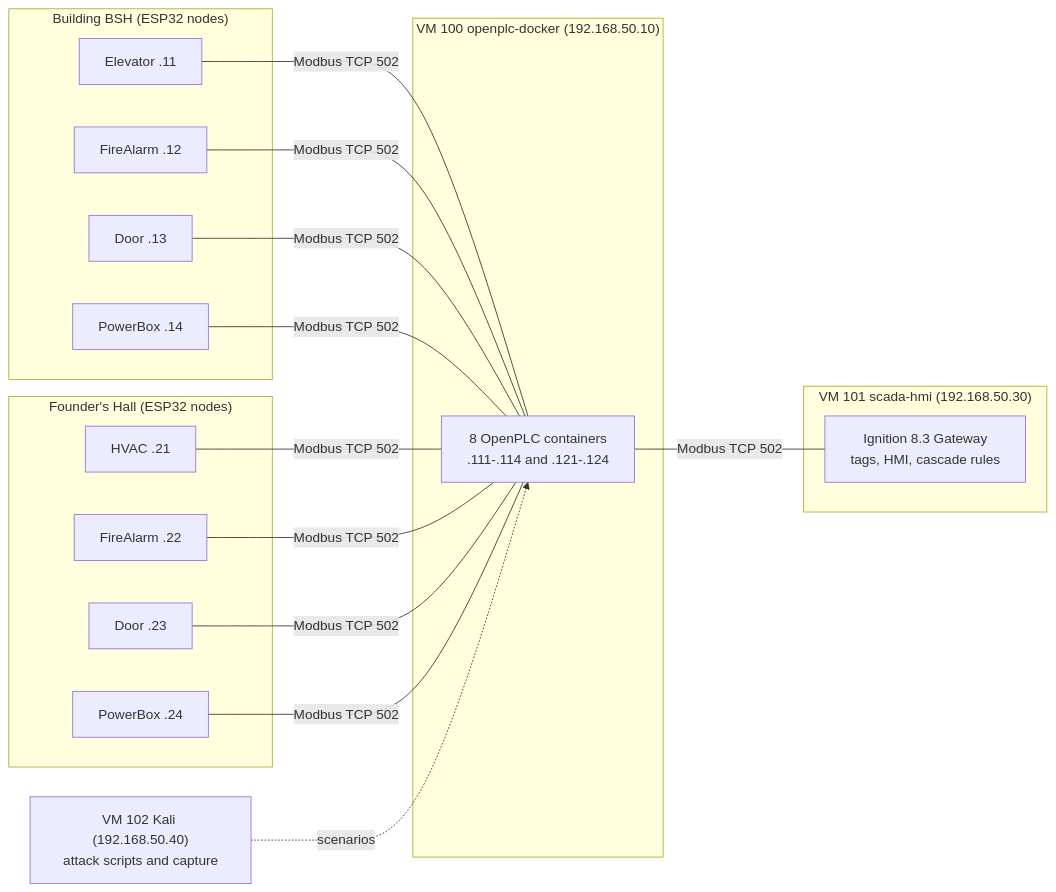
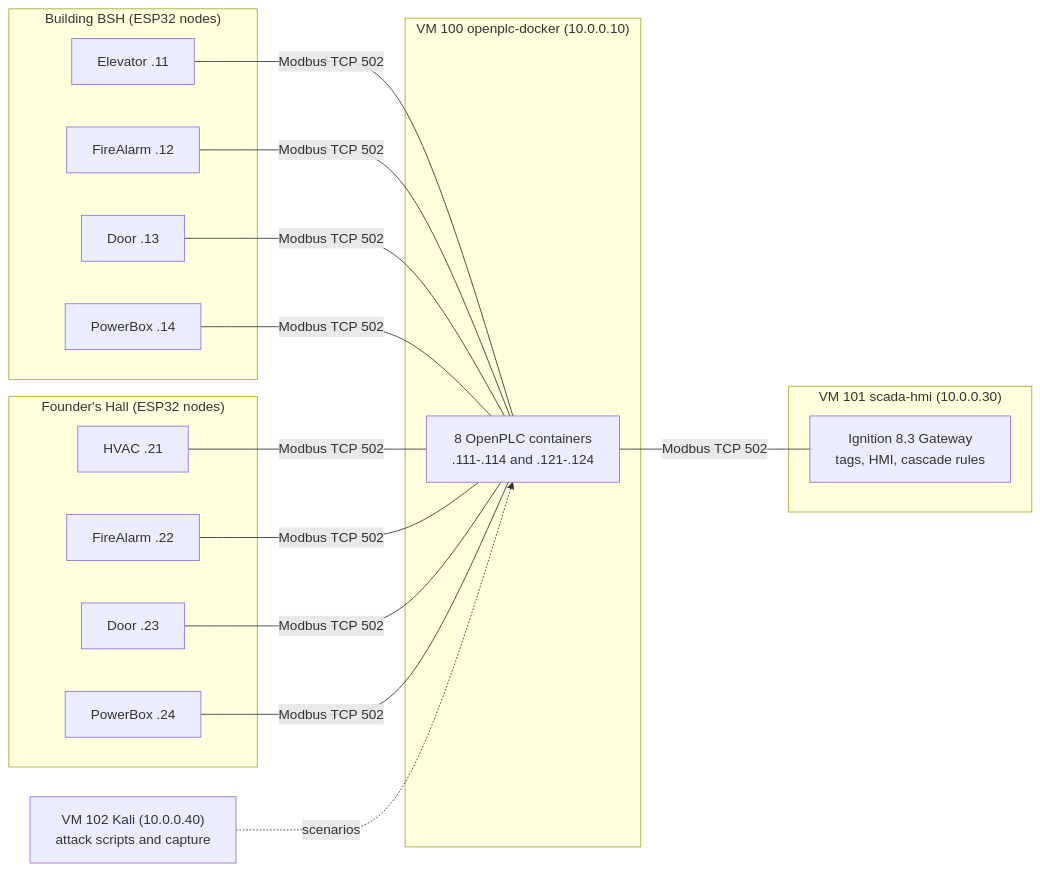
Before and after one commit to lfoliveira08/CyberCity: the first of 2 diagrams in README.md, drawn with Mermaid. The commit also changed other lines of this file and 11 other files, not shown here.

````diff
--- a/README.md
+++ b/README.md
@@ -23,27 +23,27 @@
 ```mermaid
 flowchart LR
     subgraph BSH["Building BSH (ESP32 nodes)"]
         B1["Elevator .11"]
         B2["FireAlarm .12"]
         B3["Door .13"]
         B4["PowerBox .14"]
     end
     subgraph FH["Founder's Hall (ESP32 nodes)"]
         F1["HVAC .21"]
         F2["FireAlarm .22"]
         F3["Door .23"]
         F4["PowerBox .24"]
     end
-    subgraph VM100["VM 100 openplc-docker (192.168.50.10)"]
+    subgraph VM100["VM 100 openplc-docker (10.0.0.10)"]
         P1["8 OpenPLC containers<br/>.111-.114 and .121-.124"]
     end
-    subgraph VM101["VM 101 scada-hmi (192.168.50.30)"]
+    subgraph VM101["VM 101 scada-hmi (10.0.0.30)"]
         S["Ignition 8.3 Gateway<br/>tags, HMI, cascade rules"]
     end
-    K["VM 102 Kali (192.168.50.40)<br/>attack scripts and capture"]
+    K["VM 102 Kali (10.0.0.40)<br/>attack scripts and capture"]
 
     B1 & B2 & B3 & B4 -- "Modbus TCP 502" --- P1
     F1 & F2 & F3 & F4 -- "Modbus TCP 502" --- P1
     P1 -- "Modbus TCP 502" --- S
     K -. "scenarios" .-> P1
 ```
````
